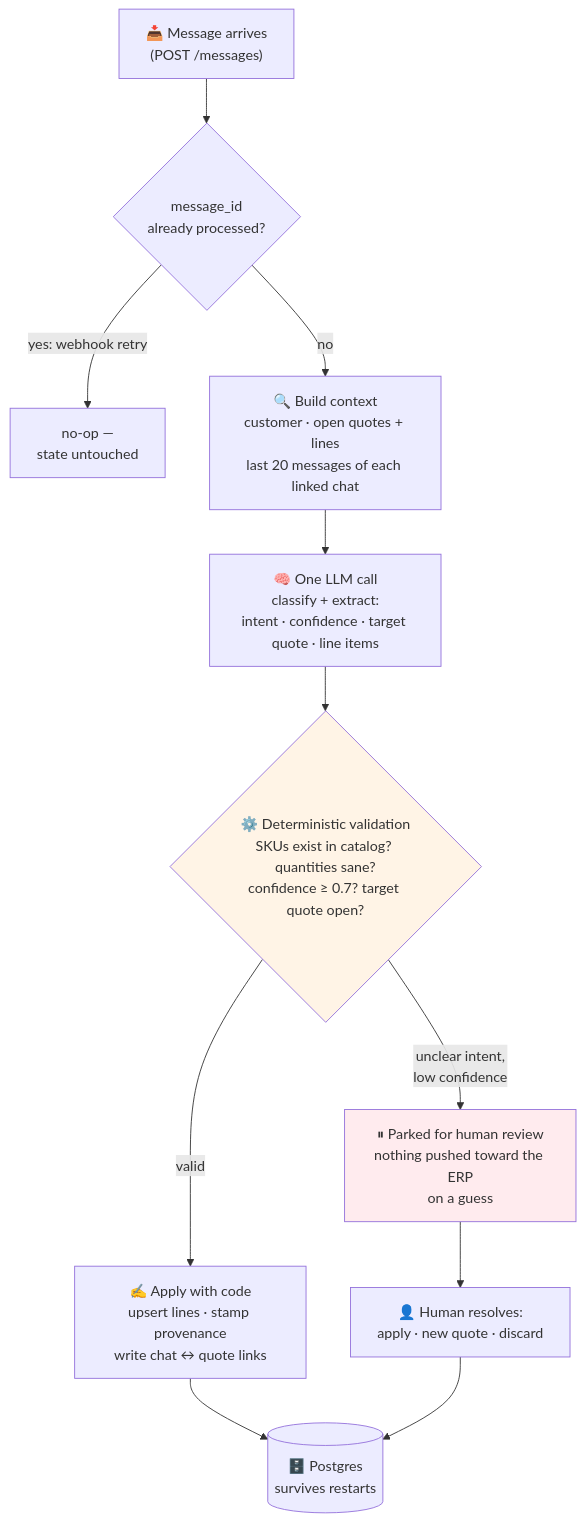
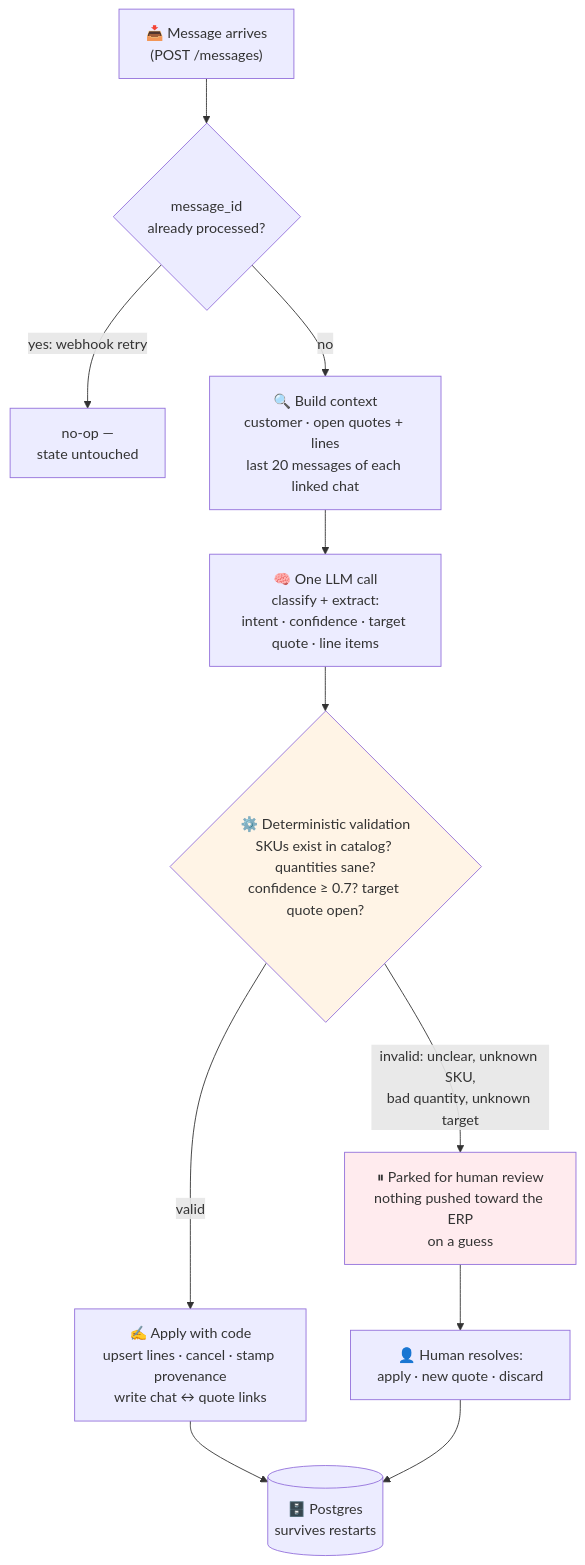
Before and after one commit to Selopez24/axial-quote-engine: the second of 4 diagrams in docs/presentation-diagrams.md, drawn with Mermaid. The commit also changed other lines of this file and 11 other files, not shown here.

First line of the commit message:
docs: fix diagram accuracy and slide readability

````diff
--- a/docs/presentation-diagrams.md
+++ b/docs/presentation-diagrams.md
@@ -70,16 +71,16 @@
 ```mermaid
 flowchart TD
     MSG["📥 Message arrives<br/>(POST /messages)"] --> DUP{"message_id<br/>already processed?"}
     DUP -- "yes: webhook retry" --> INERT["no-op —<br/>state untouched"]
     DUP -- "no" --> CTX["🔍 Build context<br/>customer · open quotes + lines<br/>last 20 messages of each linked chat"]
     CTX --> LLM["🧠 One LLM call<br/>classify + extract:<br/>intent · confidence · target quote · line items"]
     LLM --> VAL{"⚙️ Deterministic validation<br/>SKUs exist in catalog? quantities sane?<br/>confidence ≥ 0.7? target quote open?"}
-    VAL -- "unclear intent,<br/>low confidence" --> REVIEW["⏸ Parked for human review<br/>nothing pushed toward the ERP<br/>on a guess"]
-    VAL -- "valid" --> APPLY["✍️ Apply with code<br/>upsert lines · stamp provenance<br/>write chat ↔ quote links"]
+    VAL -- "invalid: unclear, unknown SKU,<br/>bad quantity, unknown target" --> REVIEW["⏸ Parked for human review<br/>nothing pushed toward the ERP<br/>on a guess"]
+    VAL -- "valid" --> APPLY["✍️ Apply with code<br/>upsert lines · cancel · stamp provenance<br/>write chat ↔ quote links"]
     APPLY --> DB[("🗄️ Postgres<br/>survives restarts")]
     REVIEW --> HUMAN["👤 Human resolves:<br/>apply · new quote · discard"]
     HUMAN --> DB
 
     style VAL fill:#fff4e6
     style REVIEW fill:#ffebee
 ```
````
